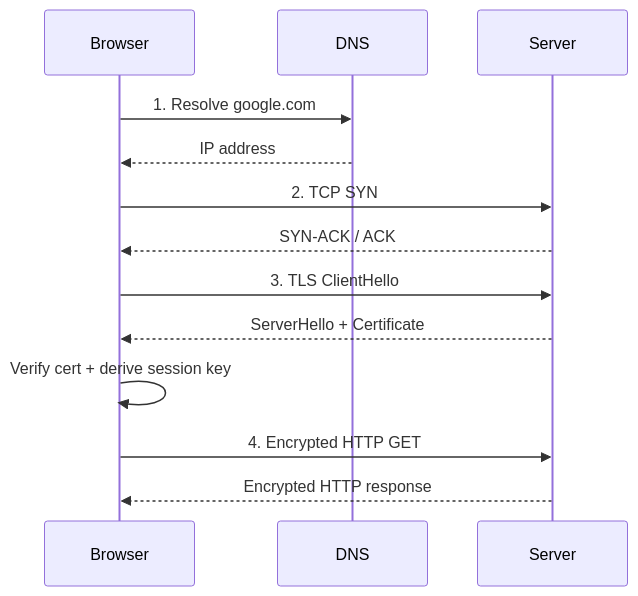
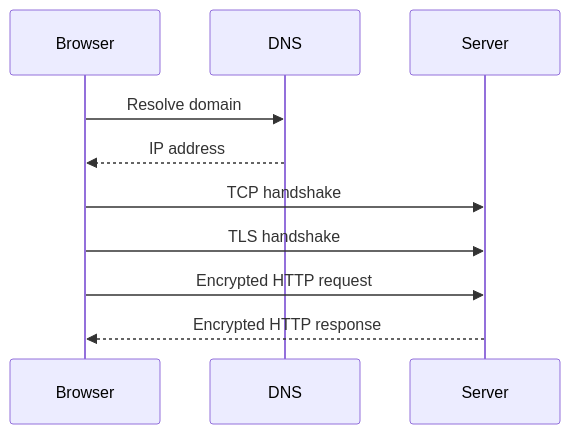
One commit to hareramcse/SystemDesign changed the fifth of 17 diagrams in 01-networking/README.md. Above: the diagram before and after it, drawn with Mermaid. The commit also changed other lines of this file, not shown here.

````diff
--- a/01-networking/README.md
+++ b/01-networking/README.md
@@ -2983,15 +2896,12 @@
 ```mermaid
 sequenceDiagram
     participant B as Browser
-    participant DNS as DNS
+    participant D as DNS
     participant S as Server
-    B->>DNS: 1. Resolve google.com
-    DNS-->>B: IP address
-    B->>S: 2. TCP SYN
-    S-->>B: SYN-ACK / ACK
-    B->>S: 3. TLS ClientHello
-    S-->>B: ServerHello + Certificate
-    B->>B: Verify cert + derive session key
-    B->>S: 4. Encrypted HTTP GET
+    B->>D: Resolve domain
+    D-->>B: IP address
+    B->>S: TCP handshake
+    B->>S: TLS handshake
+    B->>S: Encrypted HTTP request
     S-->>B: Encrypted HTTP response
 ```
````
